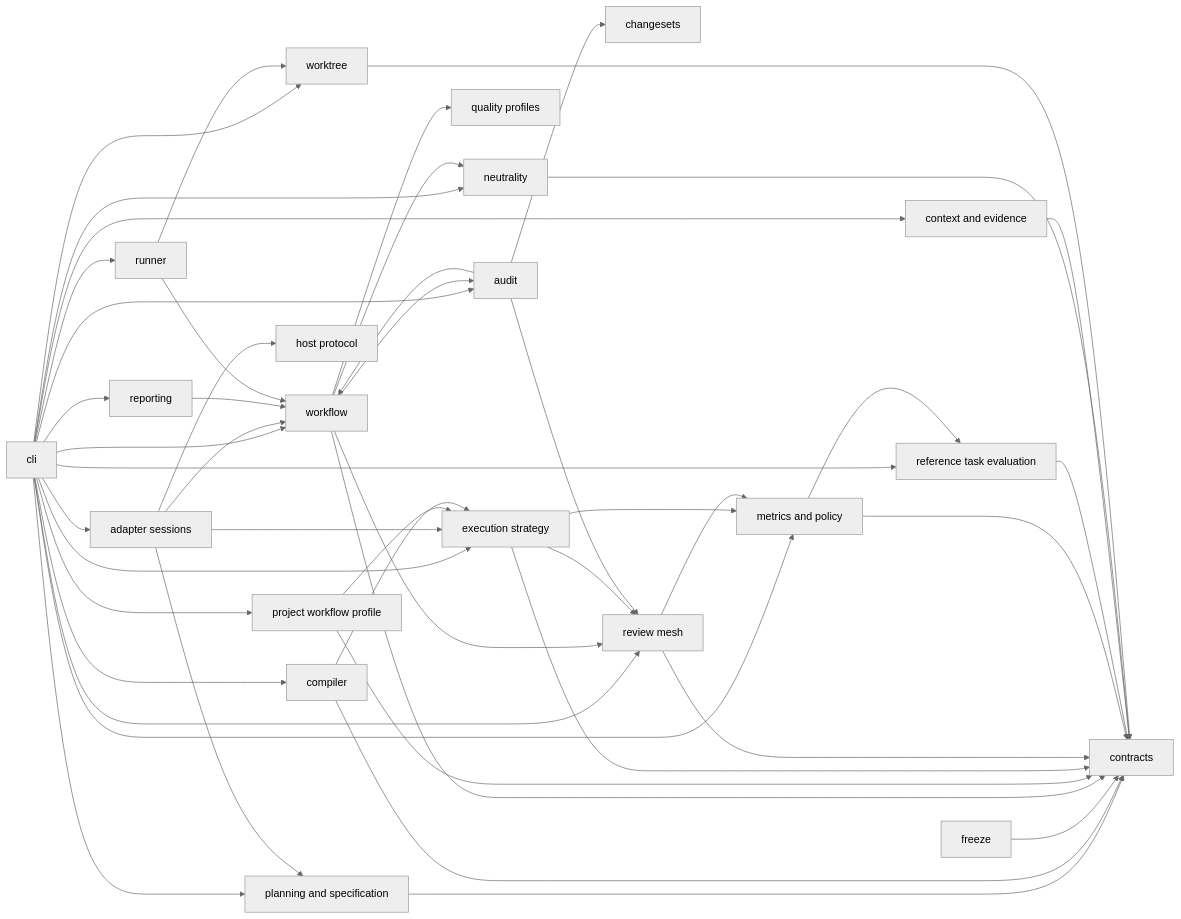
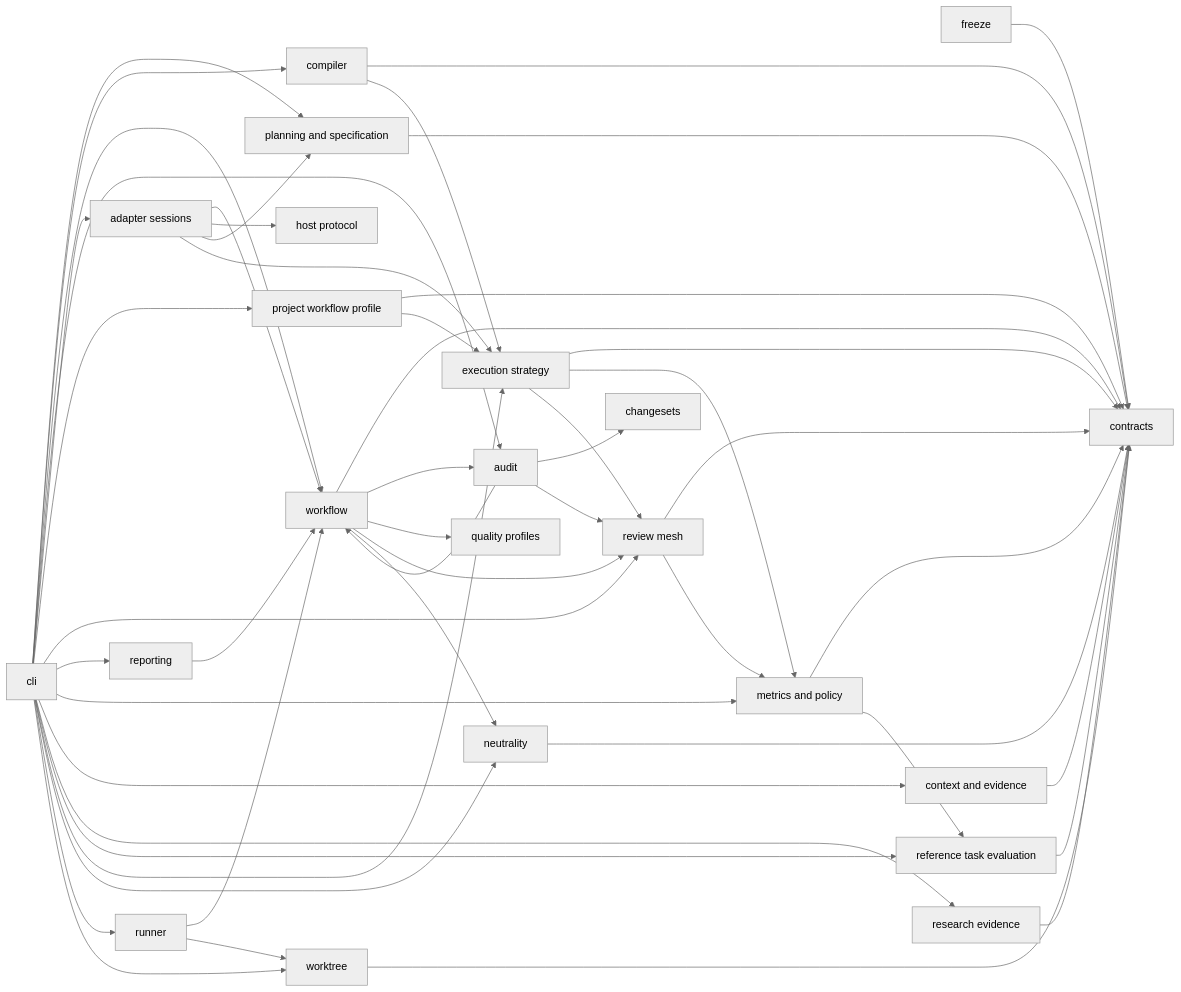
Before and after one commit to avksp/agent-lifecycle-kit: the fourth of 17 diagrams in docs/architecture/system-architecture.md, drawn with Mermaid (neutral theme). The commit also changed other lines of this file and 48 other files, not shown here.

Commit message:
feat(research): add research evidence protocol

````diff
--- a/docs/architecture/system-architecture.md
+++ b/docs/architecture/system-architecture.md
@@ -202,72 +203,75 @@
 ```mermaid
 flowchart LR
   cli[cli]
   contracts[contracts]
   changesets[changesets]
   compiler[compiler]
   planning[planning and specification]
   freeze[freeze]
   workflow[workflow]
   audit[audit]
   adapter_sessions[adapter sessions]
   project_profile[project workflow profile]
   host_protocol[host protocol]
   review_mesh[review mesh]
   reporting[reporting]
   metrics[metrics and policy]
   context[context and evidence]
+  research[research evidence]
   quality[quality profiles]
   strategy[execution strategy]
   benchmarks[reference task evaluation]
   neutrality[neutrality]
   runner[runner]
   worktree[worktree]
 
   cli --> planning
   cli --> compiler
   cli --> workflow
   cli --> audit
   cli --> adapter_sessions
   cli --> project_profile
   cli --> review_mesh
   cli --> reporting
   cli --> metrics
   cli --> context
+  cli --> research
   cli --> benchmarks
   cli --> strategy
   cli --> neutrality
   cli --> runner
   cli --> worktree
   planning --> contracts
   compiler --> contracts
   freeze --> contracts
   workflow --> contracts
   workflow --> audit
   workflow --> quality
   workflow --> review_mesh
   workflow --> neutrality
   adapter_sessions --> workflow
   adapter_sessions --> host_protocol
   adapter_sessions --> planning
   adapter_sessions --> strategy
   project_profile --> contracts
   project_profile --> strategy
   compiler --> strategy
   strategy --> contracts
   strategy --> metrics
   strategy --> review_mesh
   review_mesh --> contracts
   review_mesh --> metrics
   audit --> workflow
   audit --> changesets
   audit --> review_mesh
   reporting --> workflow
   metrics --> contracts
   benchmarks --> contracts
   metrics --> benchmarks
   context --> contracts
+  research --> contracts
   neutrality --> contracts
   runner --> workflow
   runner --> worktree
   worktree --> contracts
 ```
````
